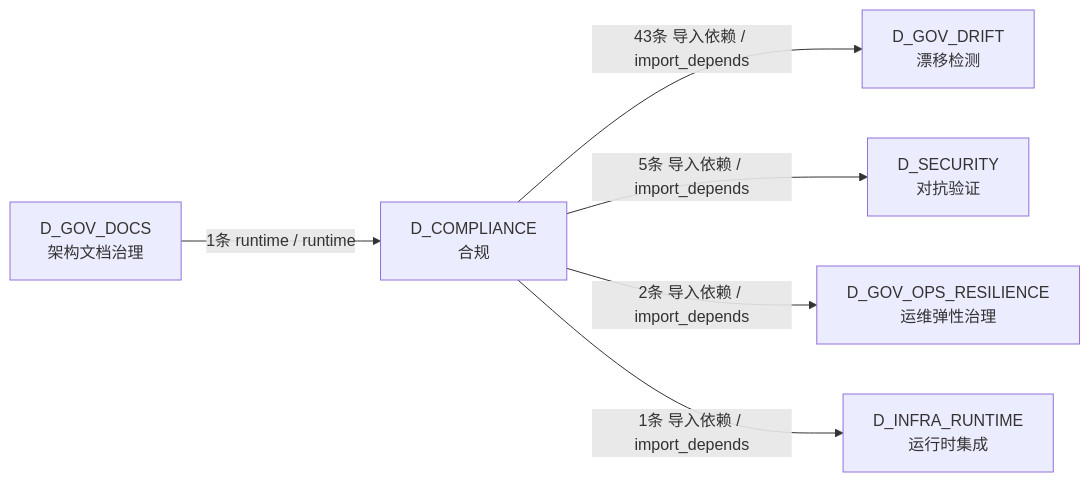
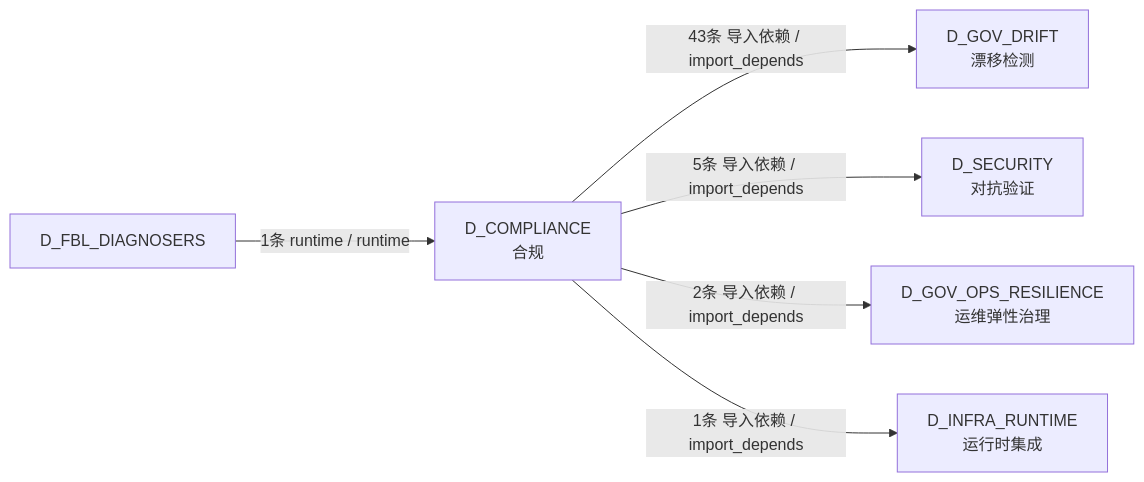
Before and after one commit to xuanFelixVan/ZephyrAlpha: the third of 3 diagrams in docs/02_enterprise_architecture/02_domain_architecture_docs/60_d_compliance.md, drawn with Mermaid. The commit also changed other lines of this file and 99 other files, not shown here.

````diff
--- a/docs/02_enterprise_architecture/02_domain_architecture_docs/60_d_compliance.md
+++ b/docs/02_enterprise_architecture/02_domain_architecture_docs/60_d_compliance.md
@@ -231,14 +231,14 @@
 ```mermaid
 graph LR
     D_COMPLIANCE["D_COMPLIANCE<br/>合规"]
     D_GOV_DRIFT["D_GOV_DRIFT<br/>漂移检测"]
     D_SECURITY["D_SECURITY<br/>对抗验证"]
     D_GOV_OPS_RESILIENCE["D_GOV_OPS_RESILIENCE<br/>运维弹性治理"]
     D_INFRA_RUNTIME["D_INFRA_RUNTIME<br/>运行时集成"]
-    D_GOV_DOCS["D_GOV_DOCS<br/>架构文档治理"]
+    D_FBL_DIAGNOSERS["D_FBL_DIAGNOSERS"]
     D_COMPLIANCE -->|43条 导入依赖 / import_depends| D_GOV_DRIFT
     D_COMPLIANCE -->|5条 导入依赖 / import_depends| D_SECURITY
     D_COMPLIANCE -->|2条 导入依赖 / import_depends| D_GOV_OPS_RESILIENCE
     D_COMPLIANCE -->|1条 导入依赖 / import_depends| D_INFRA_RUNTIME
-    D_GOV_DOCS -->|1条 runtime / runtime| D_COMPLIANCE
+    D_FBL_DIAGNOSERS -->|1条 runtime / runtime| D_COMPLIANCE
 ```
````
